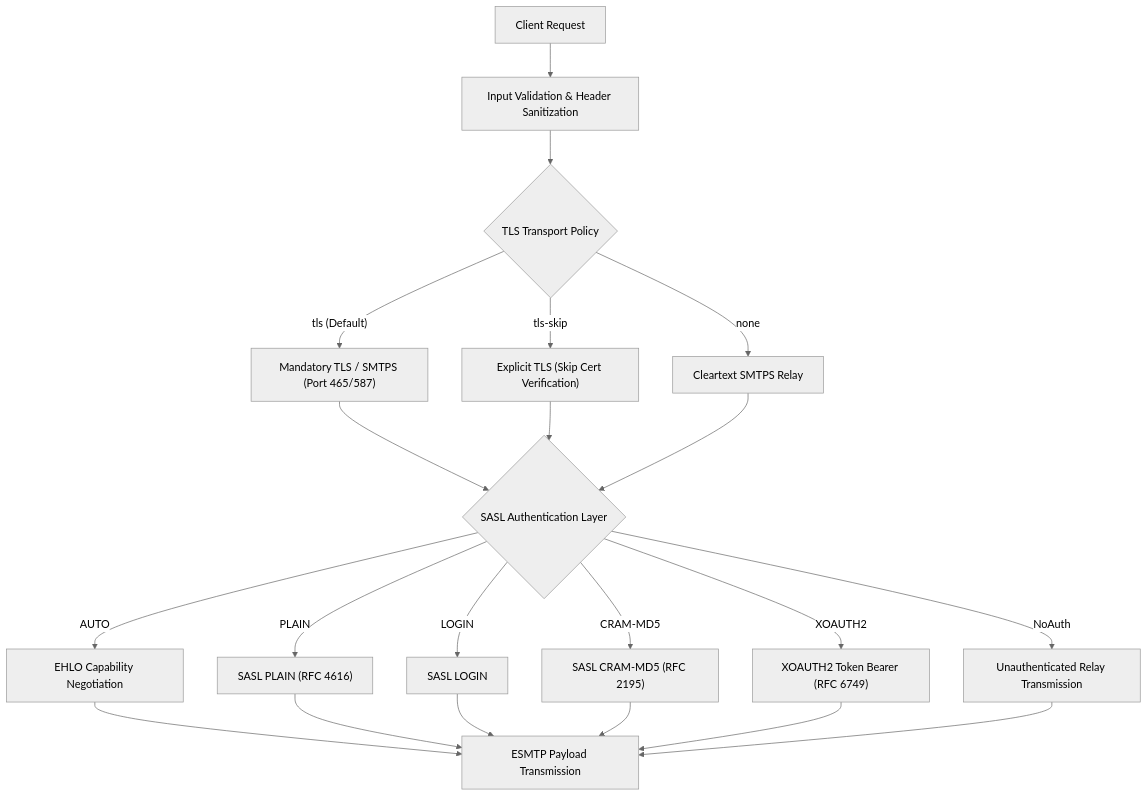
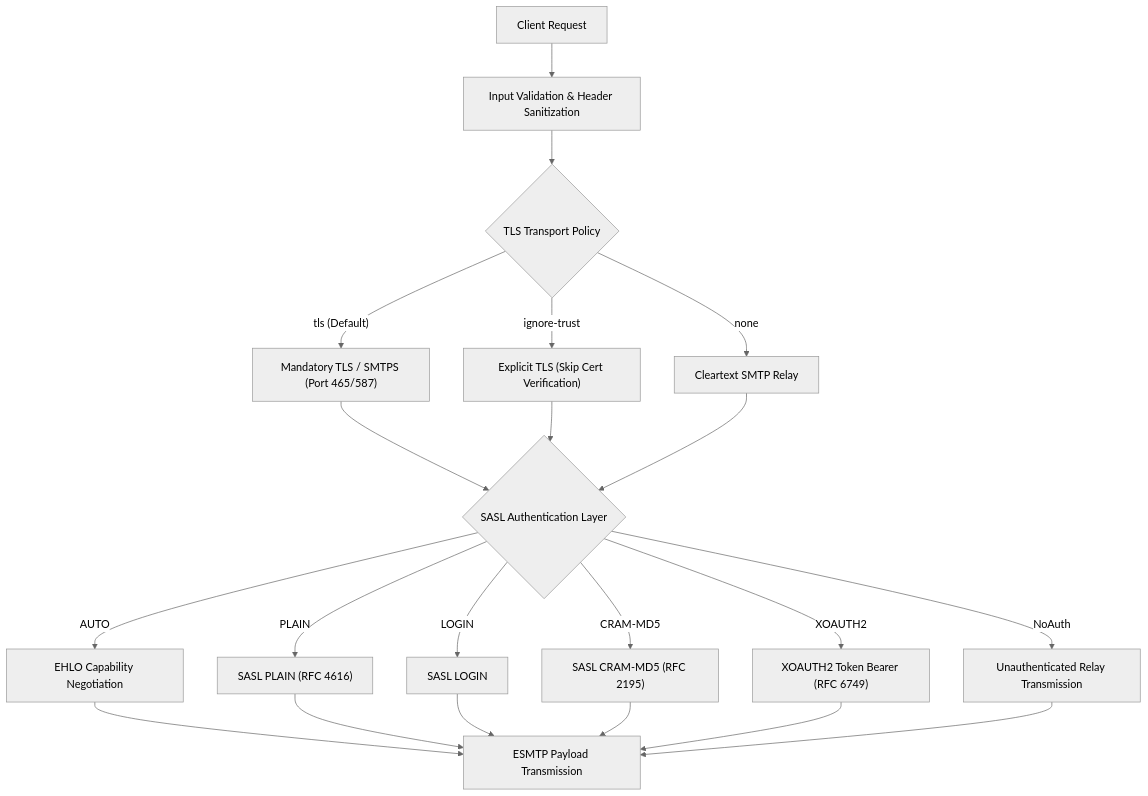
One commit to edsilegxrepo/mailxgo changed the fourth of 4 diagrams in ARCHITECTURE.md. Above: the diagram before and after it, drawn with Mermaid (neutral theme). The commit also changed other lines of this file and 18 other files, not shown here.

First line of the commit message:
feat: add TLS trust options, secretprotector integration, E2E test suite, inline documentation

````diff
--- a/ARCHITECTURE.md
+++ b/ARCHITECTURE.md
@@ -134,27 +139,27 @@
 ```mermaid
 graph TD
     Client["Client Request"] --> Validation["Input Validation & Header Sanitization"]
     Validation --> TransportSecurity{"TLS Transport Policy"}
 
     TransportSecurity -- "tls (Default)" --> StrictTLS["Mandatory TLS / SMTPS (Port 465/587)"]
-    TransportSecurity -- "tls-skip" --> InsecureTLS["Explicit TLS (Skip Cert Verification)"]
-    TransportSecurity -- "none" --> NoTLS["Cleartext SMTPS Relay"]
+    TransportSecurity -- "ignore-trust" --> InsecureTLS["Explicit TLS (Skip Cert Verification)"]
+    TransportSecurity -- "none" --> NoTLS["Cleartext SMTP Relay"]
 
     StrictTLS --> SASLAuth{"SASL Authentication Layer"}
     InsecureTLS --> SASLAuth
     NoTLS --> SASLAuth
 
     SASLAuth -- "AUTO" --> AutoSASL["EHLO Capability Negotiation"]
     SASLAuth -- "PLAIN" --> PlainSASL["SASL PLAIN (RFC 4616)"]
     SASLAuth -- "LOGIN" --> LoginSASL["SASL LOGIN"]
     SASLAuth -- "CRAM-MD5" --> CramSASL["SASL CRAM-MD5 (RFC 2195)"]
     SASLAuth -- "XOAUTH2" --> OAuthSASL["XOAUTH2 Token Bearer (RFC 6749)"]
     SASLAuth -- "NoAuth" --> UnauthRelay["Unauthenticated Relay Transmission"]
 
     AutoSASL --> Transport["ESMTP Payload Transmission"]
     PlainSASL --> Transport
     LoginSASL --> Transport
     CramSASL --> Transport
     OAuthSASL --> Transport
     UnauthRelay --> Transport
 ```
````
